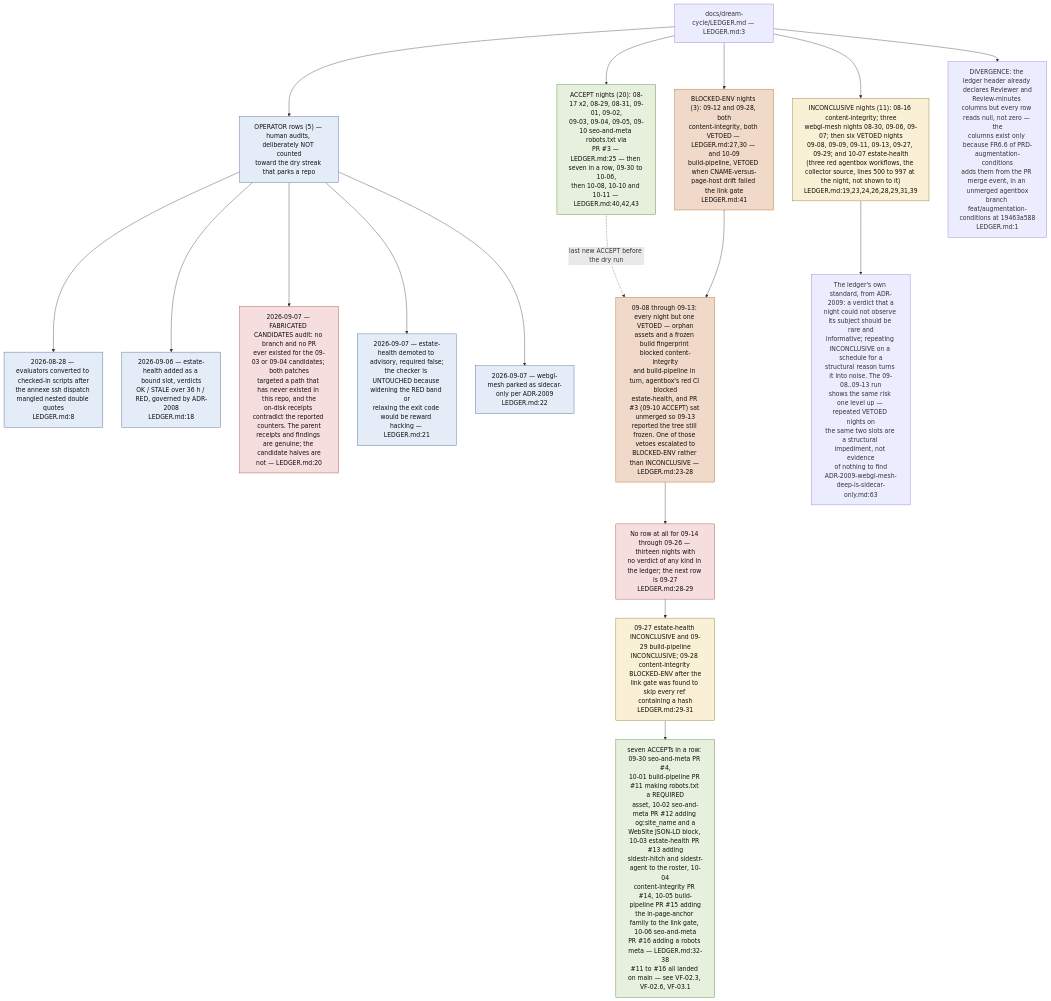
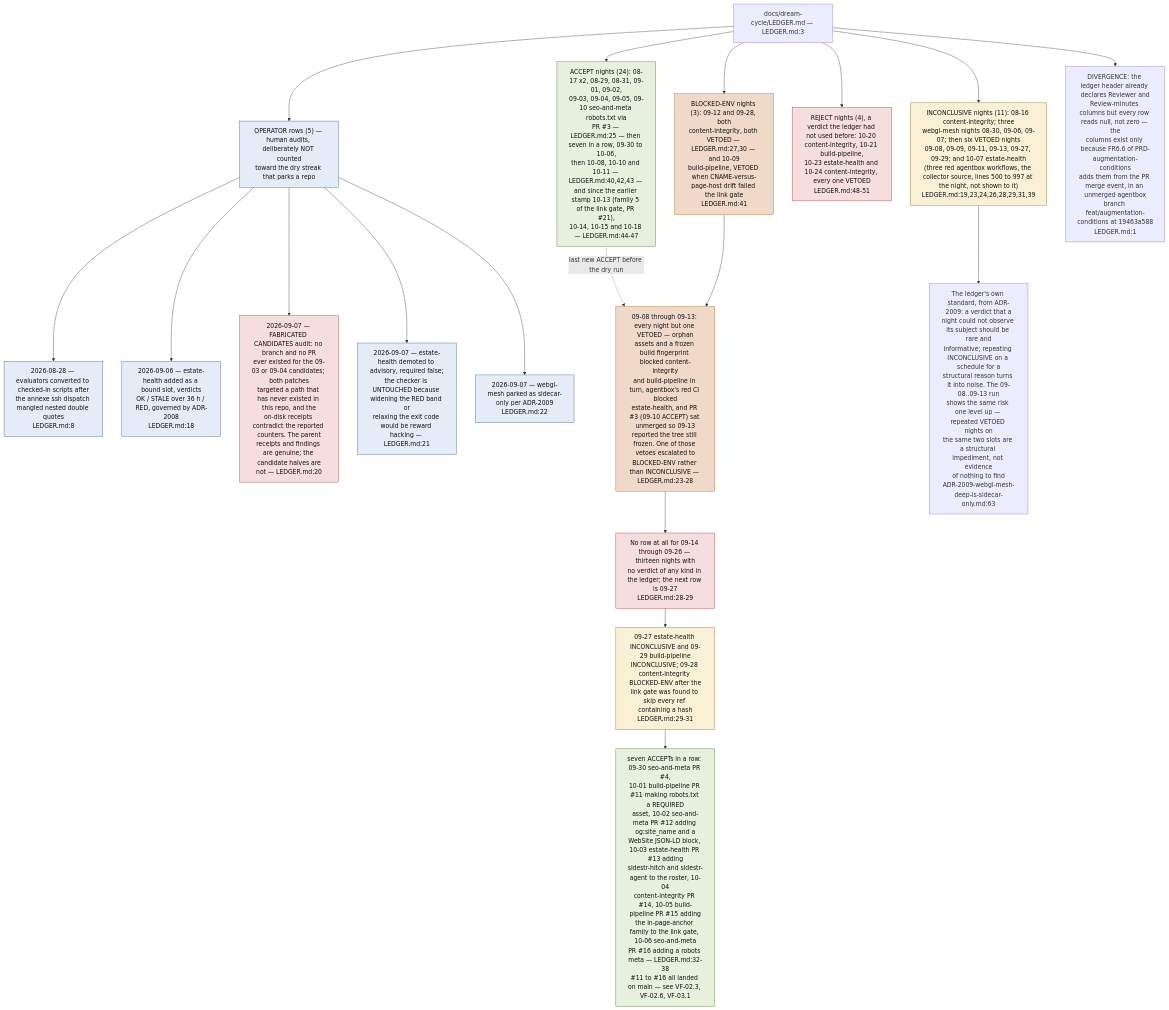
One commit to DreamLab-AI/VisionFlow changed the seventh of 9 diagrams in docs/diagrams/visionflow/04-dream-cycle-integration.md. Above: the diagram before and after it, drawn with Mermaid. The commit also changed other lines of this file and 160 other files, not shown here.

````diff
--- a/docs/diagrams/visionflow/04-dream-cycle-integration.md
+++ b/docs/diagrams/visionflow/04-dream-cycle-integration.md
@@ -211,36 +211,37 @@
 ```mermaid
 flowchart TB
     classDef acc fill:#e6f0dc,stroke:#4a7a2a,color:#111
     classDef inc fill:#f9f0d5,stroke:#8a7020,color:#111
     classDef op fill:#e4ecf8,stroke:#3a5a8a,color:#111
     classDef bad fill:#f7dede,stroke:#a33333,color:#111
     classDef blk fill:#f0d9c8,stroke:#a3661a,color:#111
 
     L["docs/dream-cycle/LEDGER.md — LEDGER.md:3"]
 
-    L --> A["ACCEPT nights (20): 08-17 x2, 08-29, 08-31, 09-01, 09-02,<br/>09-03, 09-04, 09-05, 09-10 seo-and-meta robots.txt via<br/>PR #3 — LEDGER.md:25 — then seven in a row, 09-30 to 10-06,<br/>then 10-08, 10-10 and 10-11 — LEDGER.md:40,42,43"]:::acc
+    L --> A["ACCEPT nights (24): 08-17 x2, 08-29, 08-31, 09-01, 09-02,<br/>09-03, 09-04, 09-05, 09-10 seo-and-meta robots.txt via<br/>PR #3 — LEDGER.md:25 — then seven in a row, 09-30 to 10-06,<br/>then 10-08, 10-10 and 10-11 — LEDGER.md:40,42,43 — and since the earlier stamp 10-13 (family 5 of the link gate, PR #21),<br/>10-14, 10-15 and 10-18 — LEDGER.md:44-47"]:::acc
     L --> I["INCONCLUSIVE nights (11): 08-16 content-integrity; three<br/>webgl-mesh nights 08-30, 09-06, 09-07; then six VETOED nights<br/>09-08, 09-09, 09-11, 09-13, 09-27, 09-29; and 10-07 estate-health<br/>(three red agentbox workflows, the collector source, lines 500 to 997 at the night, not shown to it)<br/>LEDGER.md:19,23,24,26,28,29,31,39"]:::inc
     L --> B["BLOCKED-ENV nights (3): 09-12 and 09-28, both<br/>content-integrity, both VETOED — LEDGER.md:27,30 — and 10-09<br/>build-pipeline, VETOED when CNAME-versus-page-host drift failed the link gate<br/>LEDGER.md:41"]:::blk
+    L --> R["REJECT nights (4), a verdict the ledger had not used before: 10-20 content-integrity, 10-21 build-pipeline,<br/>10-23 estate-health and 10-24 content-integrity, every one VETOED<br/>LEDGER.md:48-51"]:::bad
     L --> O["OPERATOR rows (5) — human audits, deliberately NOT counted<br/>toward the dry streak that parks a repo"]:::op
 
     O --> O1["2026-08-28 — evaluators converted to checked-in scripts after<br/>the annexe ssh dispatch mangled nested double quotes<br/>LEDGER.md:8"]:::op
     O --> O2["2026-09-06 — estate-health added as a bound slot, verdicts<br/>OK / STALE over 36 h / RED, governed by ADR-2008<br/>LEDGER.md:18"]:::op
     O --> O3["2026-09-07 — FABRICATED CANDIDATES audit: no branch and no PR<br/>ever existed for the 09-03 or 09-04 candidates; both patches<br/>targeted a path that has never existed in this repo, and the<br/>on-disk receipts contradict the reported counters. The parent<br/>receipts and findings are genuine; the candidate halves are<br/>not — LEDGER.md:20"]:::bad
     O --> O4["2026-09-07 — estate-health demoted to advisory, required false;<br/>the checker is UNTOUCHED because widening the RED band or<br/>relaxing the exit code would be reward hacking — LEDGER.md:21"]:::op
     O --> O5["2026-09-07 — webgl-mesh parked as sidecar-only per ADR-2009<br/>LEDGER.md:22"]:::op
 
     DRY["09-08 through 09-13: every night but one VETOED — orphan<br/>assets and a frozen build fingerprint blocked content-integrity<br/>and build-pipeline in turn, agentbox's red CI blocked<br/>estate-health, and PR #3 (09-10 ACCEPT) sat unmerged so 09-13<br/>reported the tree still frozen. One of those vetoes escalated to<br/>BLOCKED-ENV rather than INCONCLUSIVE — LEDGER.md:23-28"]:::blk
     A -.->|"last new ACCEPT before the dry run"| DRY
     B --> DRY
 
     GAP["No row at all for 09-14 through 09-26 — thirteen nights with<br/>no verdict of any kind in the ledger; the next row is 09-27<br/>LEDGER.md:28-29"]:::bad
     DRY --> GAP
     GAP --> LATE["09-27 estate-health INCONCLUSIVE and 09-29 build-pipeline<br/>INCONCLUSIVE; 09-28 content-integrity BLOCKED-ENV after the<br/>link gate was found to skip every ref containing a hash<br/>LEDGER.md:29-31"]:::inc
     LATE --> RUN["seven ACCEPTs in a row: 09-30 seo-and-meta PR #4,<br/>10-01 build-pipeline PR #11 making robots.txt a REQUIRED<br/>asset, 10-02 seo-and-meta PR #12 adding og:site_name and a<br/>WebSite JSON-LD block, 10-03 estate-health PR #13 adding<br/>sidestr-hitch and sidestr-agent to the roster, 10-04<br/>content-integrity PR #14, 10-05 build-pipeline PR #15 adding<br/>the in-page-anchor family to the link gate, 10-06 seo-and-meta<br/>PR #16 adding a robots meta — LEDGER.md:32-38<br/>#11 to #16 all landed on main — see VF-02.3, VF-02.6, VF-03.1"]:::acc
 
     LESSON["The ledger's own standard, from ADR-2009: a verdict that a<br/>night could not observe its subject should be rare and<br/>informative; repeating INCONCLUSIVE on a schedule for a<br/>structural reason turns it into noise. The 09-08..09-13 run<br/>shows the same risk one level up — repeated VETOED nights on<br/>the same two slots are a structural impediment, not evidence<br/>of nothing to find<br/>ADR-2009-webgl-mesh-deep-is-sidecar-only.md:63"]
     I --> LESSON
 
     SCHEMA["DIVERGENCE: the ledger header already declares Reviewer and<br/>Review-minutes columns but every row reads null, not zero — the<br/>columns exist only because FR6.6 of PRD-augmentation-conditions<br/>adds them from the PR merge event, in an unmerged agentbox<br/>branch feat/augmentation-conditions at 19463a588<br/>LEDGER.md:1"]
     L --> SCHEMA
 ```
````
